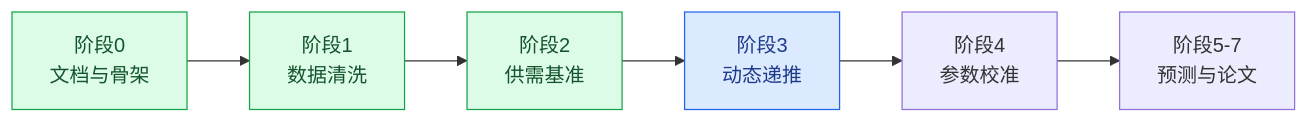
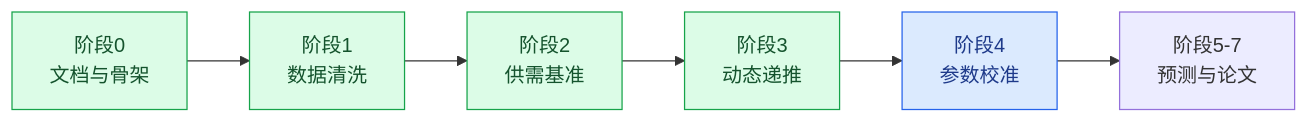
One commit to Timcai06/-A- changed the diagram in docs/00_文档导航.md. Above: the diagram before and after it, drawn with Mermaid. The commit also changed other lines of this file and 14 other files, not shown here.

````diff
--- a/docs/00_文档导航.md
+++ b/docs/00_文档导航.md
@@ -30,16 +30,17 @@
 ```mermaid
 flowchart LR
     A["阶段0<br/>文档与骨架"] --> B["阶段1<br/>数据清洗"]
     B --> C["阶段2<br/>供需基准"]
     C --> D["阶段3<br/>动态递推"]
     D --> E["阶段4<br/>参数校准"]
     E --> F["阶段5-7<br/>预测与论文"]
 
     A:::done
     B:::done
     C:::done
-    D:::next
+    D:::done
+    E:::next
 
     classDef done fill:#dcfce7,stroke:#16a34a,color:#14532d
     classDef next fill:#dbeafe,stroke:#2563eb,color:#1e3a8a
 ```
````
